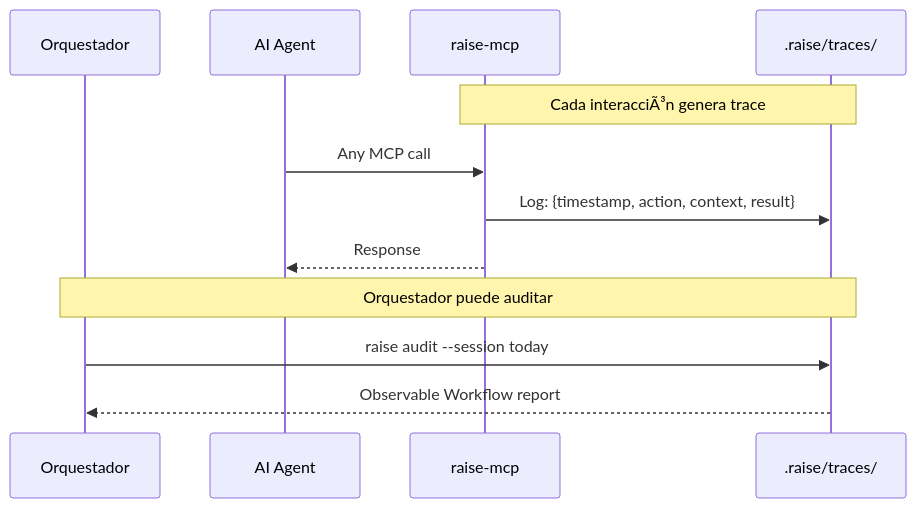
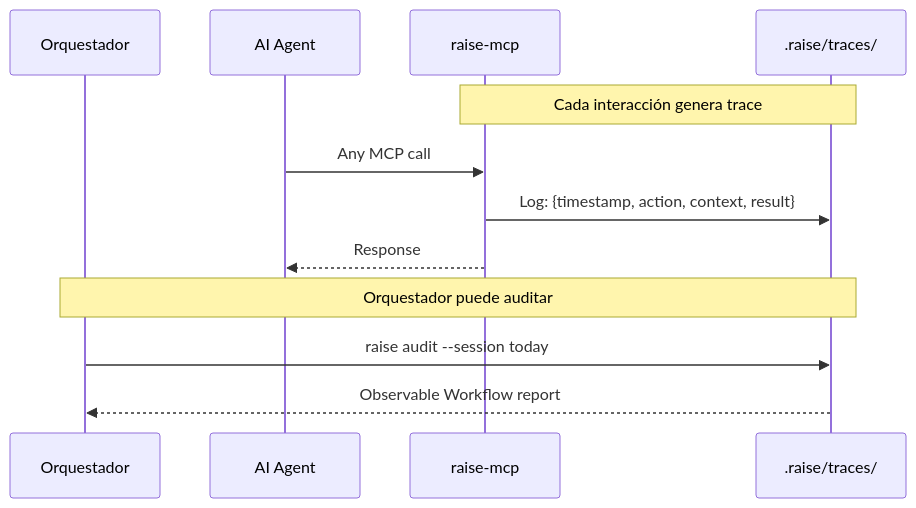
One commit to humansys/raise changed the seventh of 7 diagrams in docs/framework/v2/10-system-architecture-v2.md. Above: the diagram before and after it, drawn with Mermaid. The commit also changed other lines of this file and 2 other files, not shown here.

````diff
--- a/docs/framework/v2/10-system-architecture-v2.md
+++ b/docs/framework/v2/10-system-architecture-v2.md
@@ -279,16 +279,16 @@
 ```mermaid
 sequenceDiagram
     participant O as Orquestador
     participant AI as AI Agent
     participant MCP as raise-mcp
     participant Traces as .raise/traces/
 
-    Note over MCP,Traces: Cada interacciÃ³n genera trace
+    Note over MCP,Traces: Cada interacción genera trace
     AI->>MCP: Any MCP call
     MCP->>Traces: Log: {timestamp, action, context, result}
     MCP-->>AI: Response
     
     Note over O,Traces: Orquestador puede auditar
     O->>Traces: raise audit --session today
     Traces-->>O: Observable Workflow report
 ```
````
